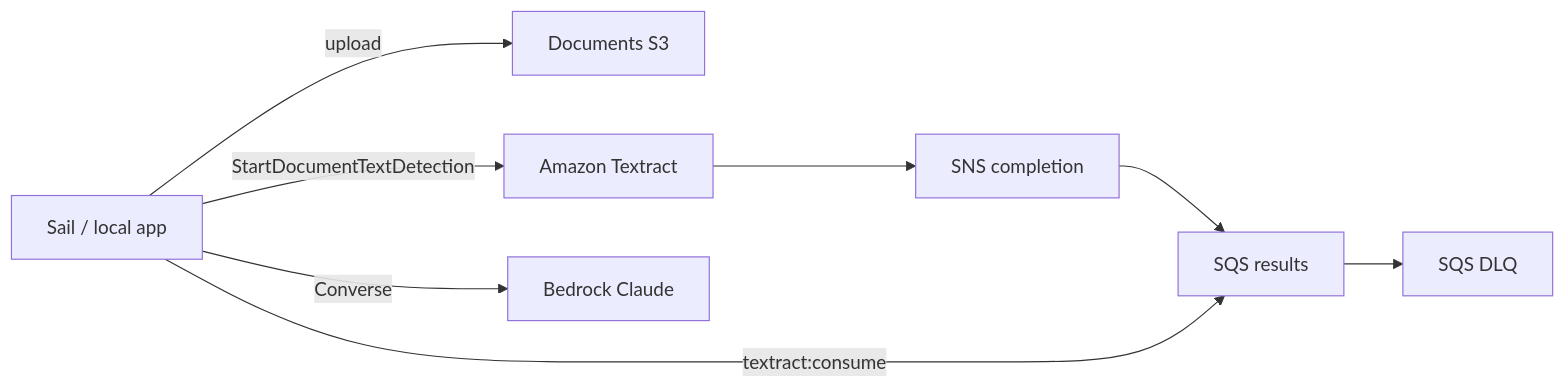
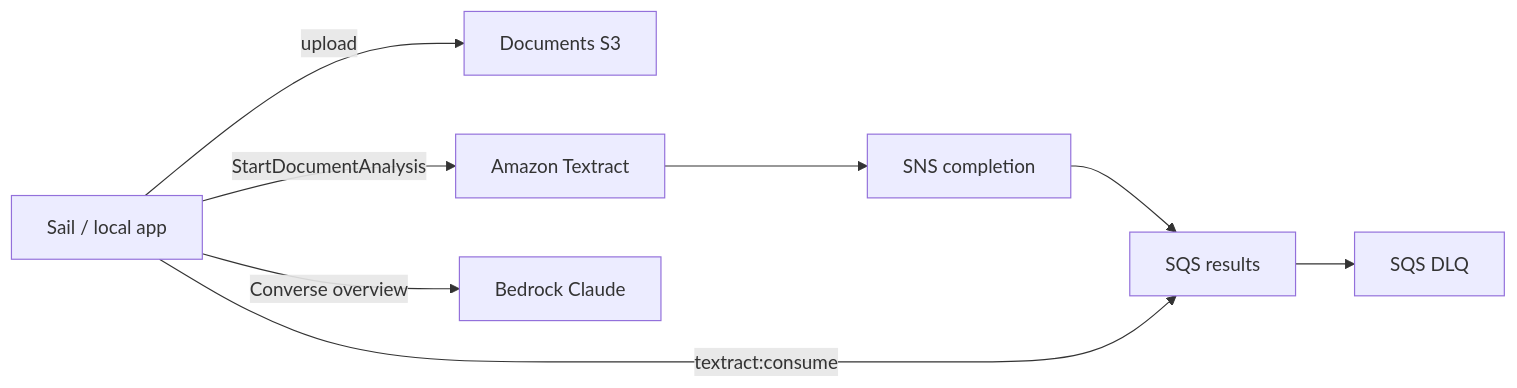
One commit to NielsvanHoof/qompose changed the diagram in apps/platform/infra/README.md. Above: the diagram before and after it, drawn with Mermaid. The commit also changed 37 other files, not shown here.

````diff
--- a/apps/platform/infra/README.md
+++ b/apps/platform/infra/README.md
@@ -13,10 +13,10 @@
 ```mermaid
 flowchart LR
   Sail[Sail / local app] -->|upload| S3[Documents S3]
-  Sail -->|StartDocumentTextDetection| Textract[Amazon Textract]
+  Sail -->|StartDocumentAnalysis| Textract[Amazon Textract]
   Textract --> Topic[SNS completion]
   Topic --> Queue[SQS results]
   Sail -->|textract:consume| Queue
-  Sail -->|Converse| Bedrock[Bedrock Claude]
+  Sail -->|Converse overview| Bedrock[Bedrock Claude]
   Queue --> DLQ[SQS DLQ]
 ```
````
